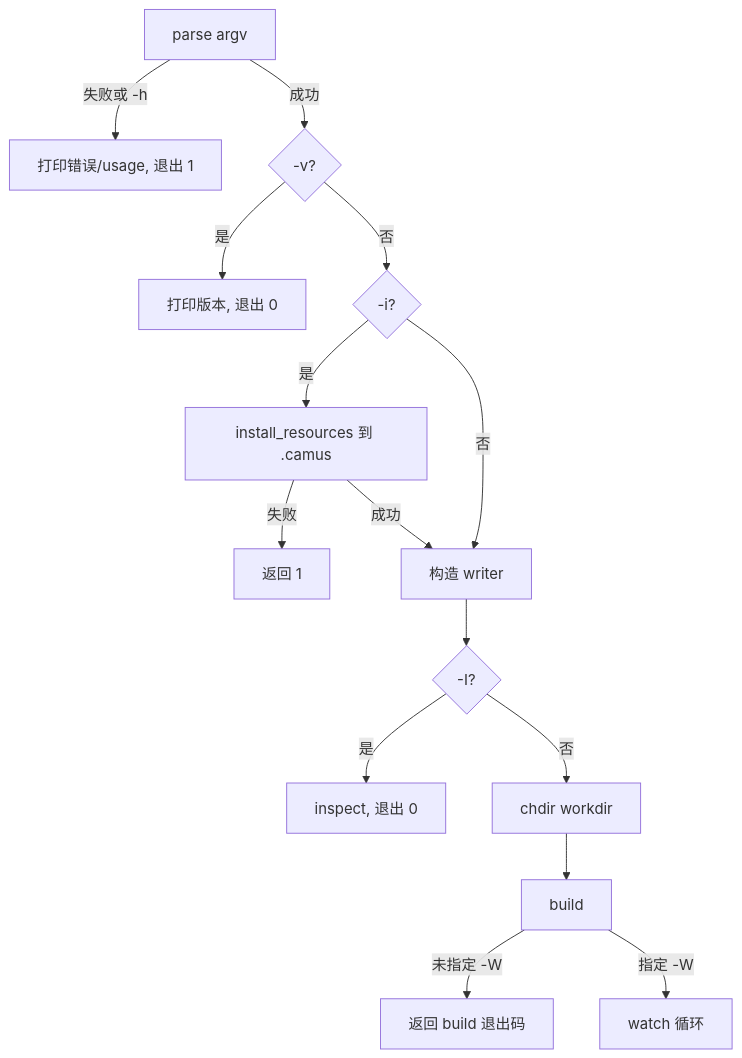
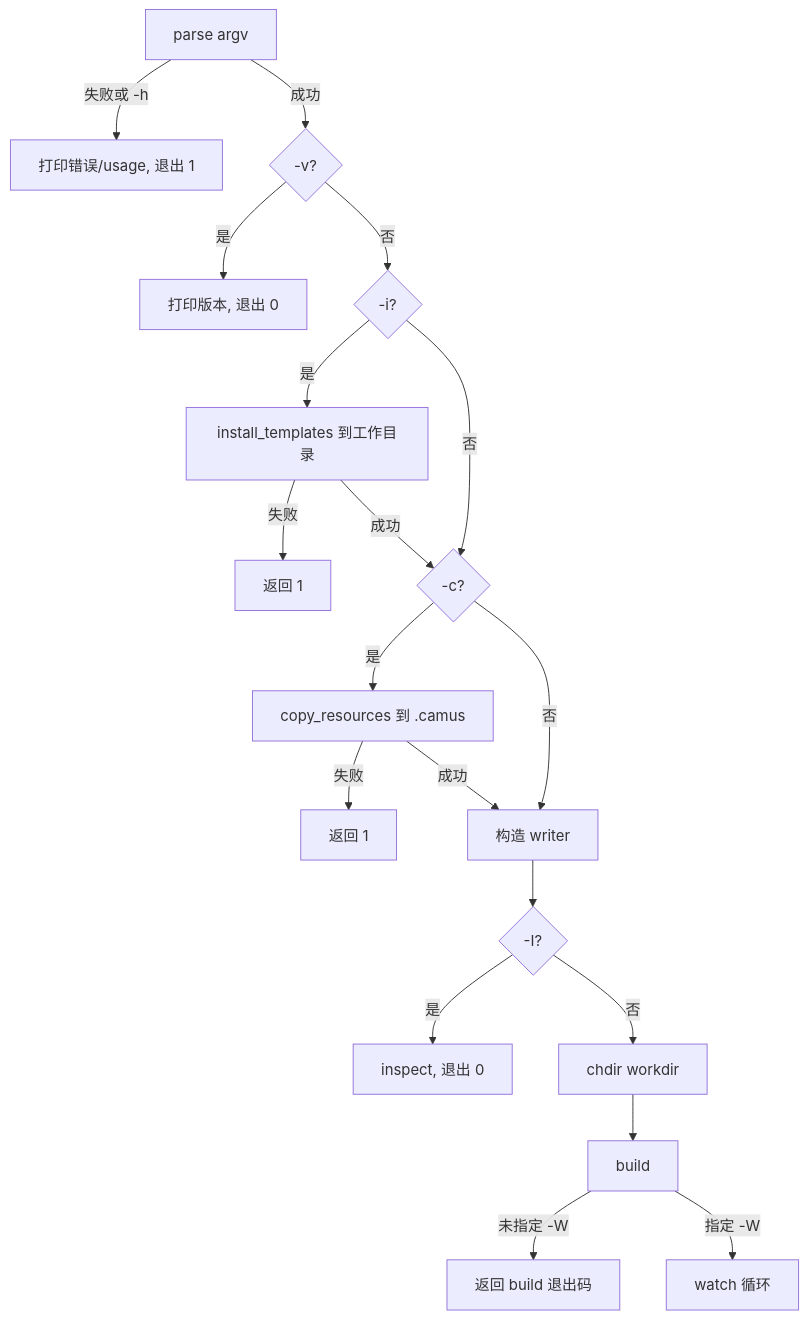
One commit to o8x/camus changed the diagram in docs/prd/02-command-line.md. Above: the diagram before and after it, drawn with Mermaid. The commit also changed other lines of this file and 31 other files, not shown here.

Commit message:
feat: split install and copy and add shared theme assets

````diff
--- a/docs/prd/02-command-line.md
+++ b/docs/prd/02-command-line.md
@@ -41,17 +42,21 @@
 ```mermaid
 flowchart TD
     P[parse argv] -->|失败或 -h| H[打印错误/usage, 退出 1]
     P -->|成功| V{-v?}
     V -->|是| VO[打印版本, 退出 0]
     V -->|否| I{-i?}
-    I -->|是| INS[install_resources 到 .camus]
+    I -->|是| INS[install_templates 到工作目录]
     INS -->|失败| IF[返回 1]
-    INS -->|成功| C[构造 writer]
-    I -->|否| C
+    INS -->|成功| CP{-c?}
+    I -->|否| CP
+    CP -->|是| COPY[copy_resources 到 .camus]
+    COPY -->|失败| CF[返回 1]
+    COPY -->|成功| C[构造 writer]
+    CP -->|否| C
     C --> Q{-I?}
     Q -->|是| INSP[inspect, 退出 0]
     Q -->|否| WD[chdir workdir]
     WD --> B[build]
     B -->|未指定 -W| RET[返回 build 退出码]
     B -->|指定 -W| WA[watch 循环]
 ```
````
